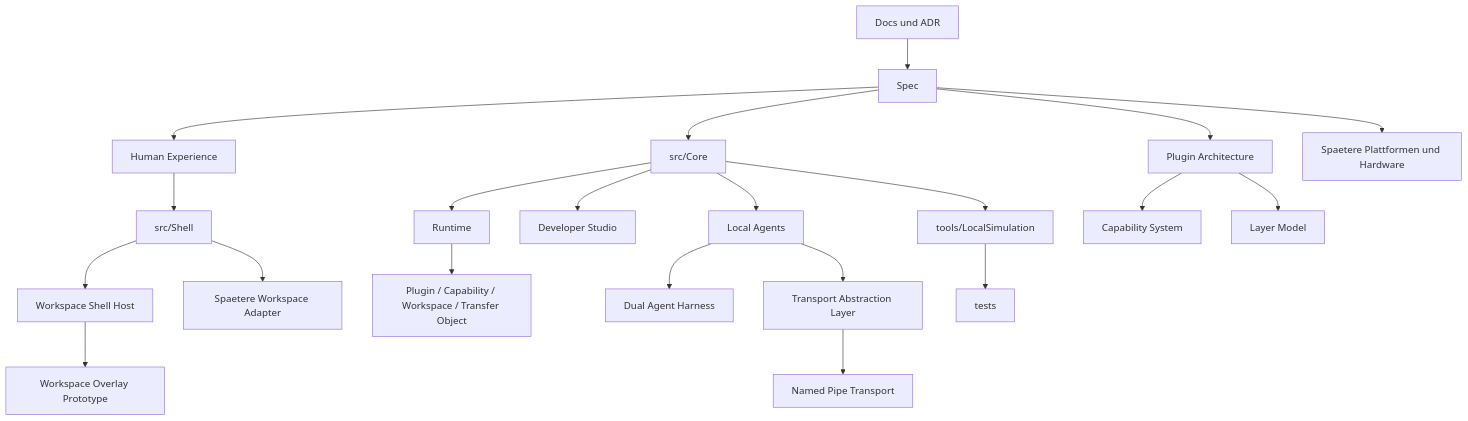
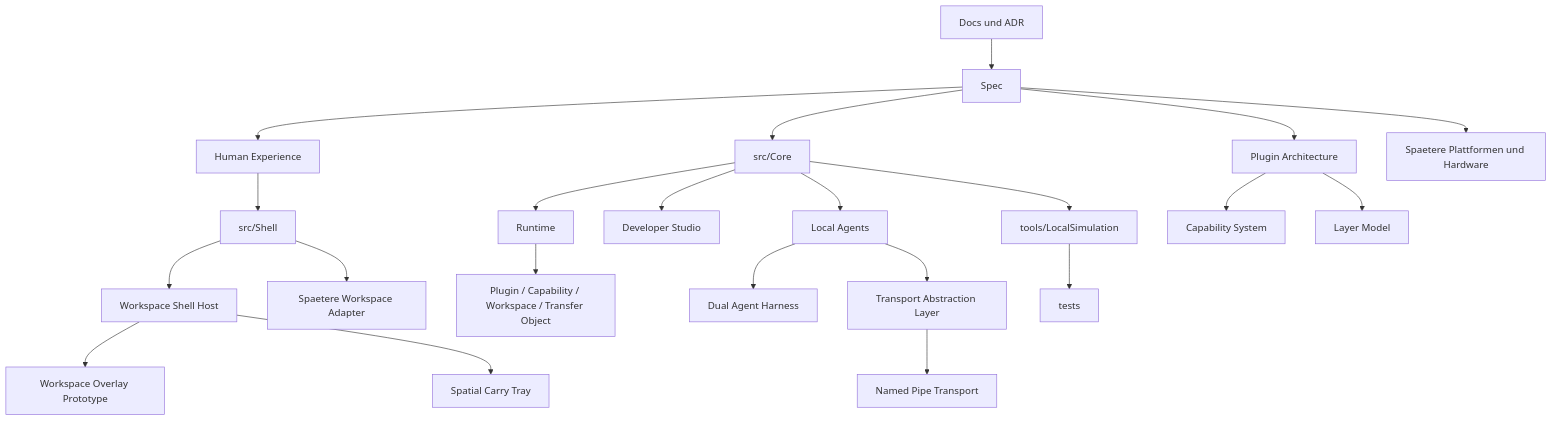
The diagram in README.md (rk-engineeringAToutlook-de/RKWorkspace), drawn with Mermaid before and after one commit. The commit also changed other lines of this file and 21 other files, not shown here.

Commit message:
feat(shell): add spatial carry tray prototype

````diff
--- a/README.md
+++ b/README.md
@@ -93,23 +94,24 @@
 ```mermaid
 flowchart TB
     Docs["Docs und ADR"] --> Spec["Spec"]
     Spec --> HX["Human Experience"]
     HX --> Shell["src/Shell"]
     Shell --> ShellHost["Workspace Shell Host"]
     ShellHost --> Overlay["Workspace Overlay Prototype"]
+    ShellHost --> SpatialTray["Spatial Carry Tray"]
     Spec --> Core["src/Core"]
     Shell --> Adapters["Spaetere Workspace Adapter"]
     Core --> Runtime["Runtime"]
     Runtime --> Managers["Plugin / Capability / Workspace / Transfer Object"]
     Spec --> Plugins["Plugin Architecture"]
     Plugins --> Capabilities["Capability System"]
     Plugins --> Layers["Layer Model"]
     Core --> Studio["Developer Studio"]
     Core --> Agents["Local Agents"]
     Agents --> Harness["Dual Agent Harness"]
     Agents --> Transport["Transport Abstraction Layer"]
     Transport --> Ipc["Named Pipe Transport"]
     Core --> Simulation["tools/LocalSimulation"]
     Simulation --> Tests["tests"]
     Spec --> Future["Spaetere Plattformen und Hardware"]
 ```
````
